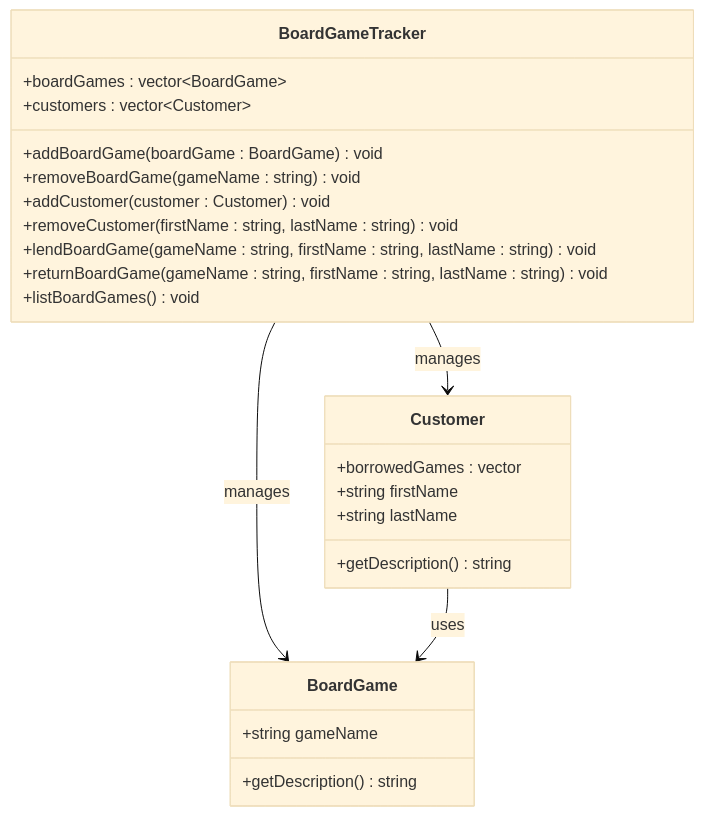
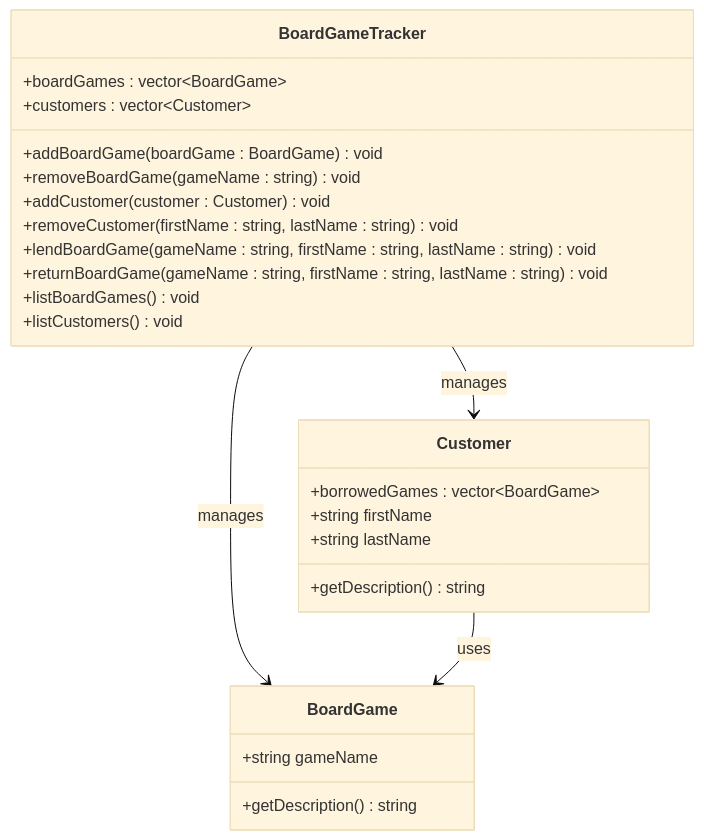
One commit to Aaron-S-Davis/cpsc2376-Davis changed the diagram in practice/practice11/design.md. Above: the diagram before and after it, drawn with Mermaid (base theme). The commit also changed other lines of this file, not shown here.

````diff
--- a/practice/practice11/design.md
+++ b/practice/practice11/design.md
@@ -22,27 +47,28 @@
 ```mermaid
 classDiagram
 	class BoardGame {
 		+string gameName
 		+getDescription() string
 	}
 	class Customer {
-		+borrowedGames : vector<BoardGame>
+		+borrowedGames : vector~BoardGame~
 		+string firstName
 		+string lastName
 		+getDescription() string
 	}
 	class BoardGameTracker {
 		+boardGames : vector~BoardGame~
 		+customers : vector~Customer~
 		+addBoardGame(boardGame : BoardGame) void
 		+removeBoardGame(gameName : string) void
 		+addCustomer(customer : Customer) void
 		+removeCustomer(firstName : string, lastName : string) void
 		+lendBoardGame(gameName : string, firstName : string, lastName : string) void
 		+returnBoardGame(gameName : string, firstName : string, lastName : string) void
 		+listBoardGames() void
+		+listCustomers() void
 	}
 	BoardGameTracker --> BoardGame : manages
 	BoardGameTracker --> Customer : manages
 	Customer --> BoardGame : uses
 ```
````
